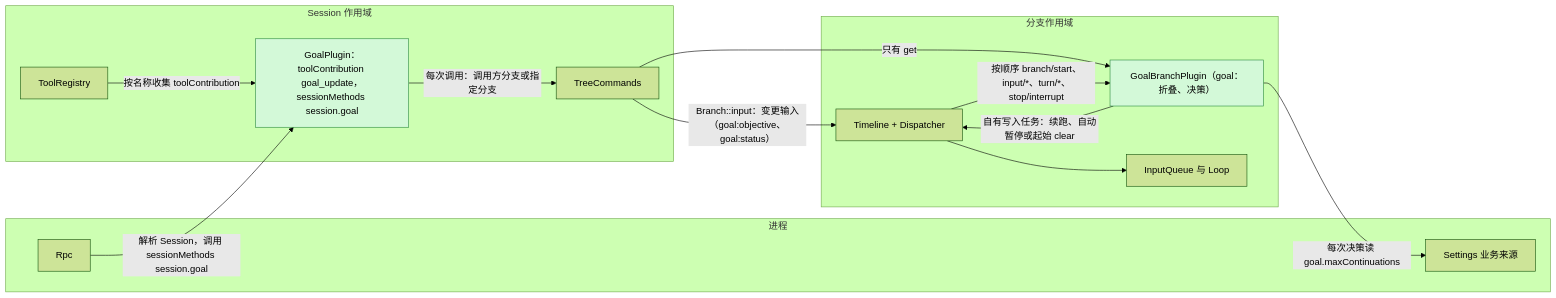
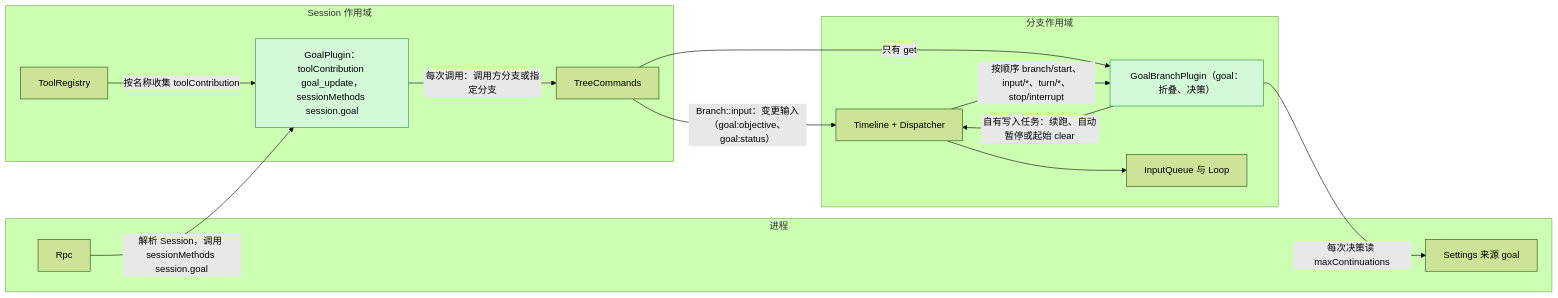
The first of 7 diagrams in docs/zh/design/plugins/Goal.md (CoutinhoTTS/dim-agent), drawn with Mermaid (forest theme) before and after one commit. The commit also changed other lines of this file and 27 other files, not shown here.

````diff
--- a/docs/zh/design/plugins/Goal.md
+++ b/docs/zh/design/plugins/Goal.md
@@ -11,27 +11,27 @@
 ```mermaid
 flowchart LR
   subgraph PROC["进程"]
     Rpc["Rpc"]
-    Settings["Settings 业务来源"]
+    Settings["Settings 来源 goal"]
   end
   subgraph SESS["Session 作用域"]
     GS["GoalPlugin：toolContribution goal_update，sessionMethods session.goal"]:::new
     TR["ToolRegistry"]
     TC["TreeCommands"]
   end
   subgraph BR["分支作用域"]
     GB["GoalBranchPlugin（goal：折叠、决策）"]:::new
     TL["Timeline + Dispatcher"]
     IQ["InputQueue 与 Loop"]
   end
   TR -- "按名称收集 toolContribution" --> GS
   Rpc -- "解析 Session，调用 sessionMethods session.goal" --> GS
   GS -- "每次调用：调用方分支或指定分支" --> TC
   TC -- "Branch::input：变更输入（goal:objective、goal:status）" --> TL
   TC -- "只有 get" --> GB
   TL -- "按顺序 branch/start、input/*、turn/*、stop/interrupt" --> GB
   GB -- "自有写入任务：续跑、自动暂停或起始 clear" --> TL
-  GB -- "每次决策读 goal.maxContinuations" --> Settings
+  GB -- "每次决策读 maxContinuations" --> Settings
   TL --> IQ
   classDef new fill:#d3f9d8,stroke:#2b8a3e,color:#000
 ```
````
